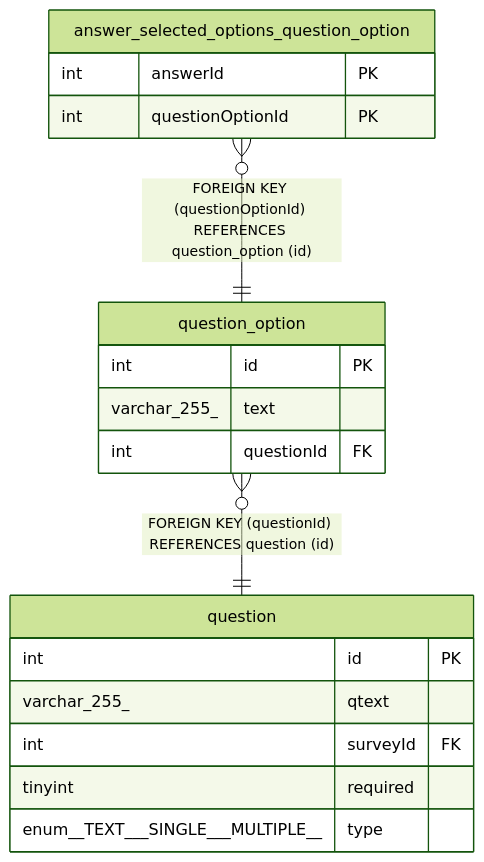
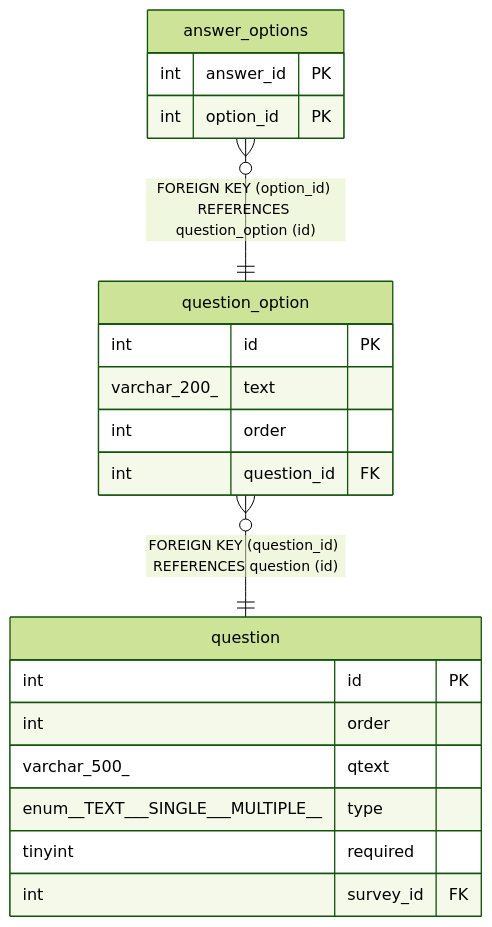
Before and after one commit to BepHblVI/First-nest: the diagram in docs/database/question_option.md, drawn with Mermaid (forest theme). The commit also changed other lines of this file and 47 other files, not shown here.

````diff
--- a/docs/database/question_option.md
+++ b/docs/database/question_option.md
@@ -45,23 +47,25 @@
 ```mermaid
 erDiagram
 
-"answer_selected_options_question_option" }o--|| "question_option" : "FOREIGN KEY (questionOptionId) REFERENCES question_option (id)"
-"question_option" }o--|| "question" : "FOREIGN KEY (questionId) REFERENCES question (id)"
+"answer_options" }o--|| "question_option" : "FOREIGN KEY (option_id) REFERENCES question_option (id)"
+"question_option" }o--|| "question" : "FOREIGN KEY (question_id) REFERENCES question (id)"
 
 "question_option" {
   int id PK
-  varchar_255_ text
-  int questionId FK
+  varchar_200_ text
+  int order
+  int question_id FK
 }
-"answer_selected_options_question_option" {
-  int answerId PK
-  int questionOptionId PK
+"answer_options" {
+  int answer_id PK
+  int option_id PK
 }
 "question" {
   int id PK
-  varchar_255_ qtext
-  int surveyId FK
+  int order
+  varchar_500_ qtext
+  enum__TEXT___SINGLE___MULTIPLE__ type
   tinyint required
-  enum__TEXT___SINGLE___MULTIPLE__ type
+  int survey_id FK
 }
 ```
````
